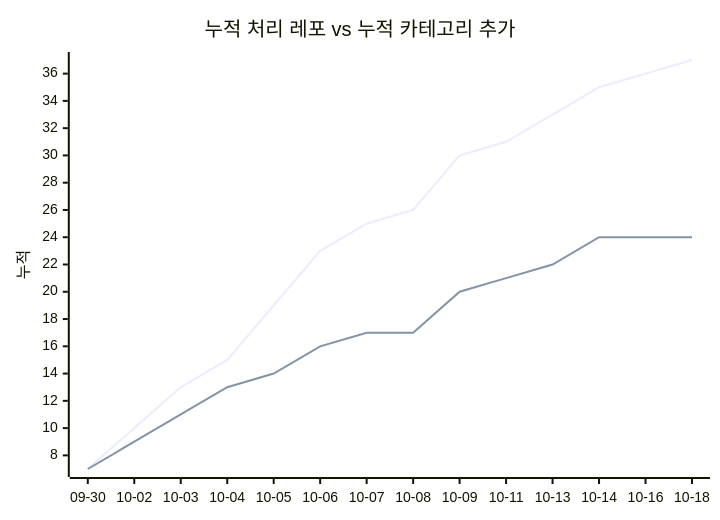
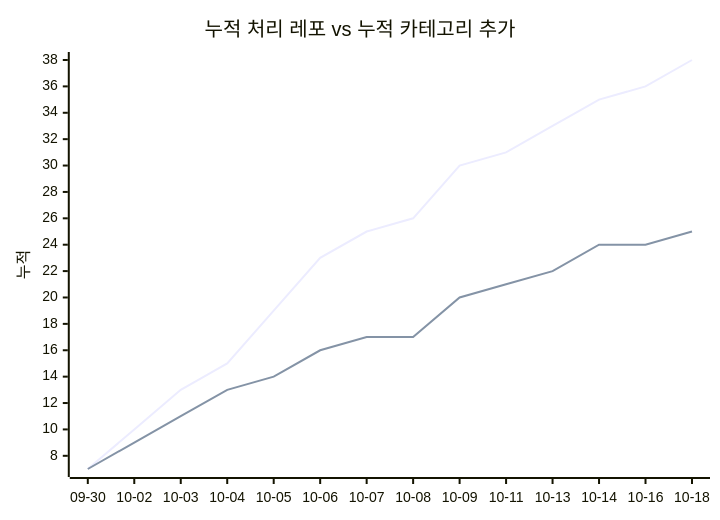
Before and after one commit to J-nowcow/awesome-korean-agent-skills: the second of 2 diagrams in docs/trends.md, drawn with Mermaid. The commit also changed other lines of this file and 3 other files, not shown here.

````diff
--- a/docs/trends.md
+++ b/docs/trends.md
@@ -68,8 +68,8 @@
 ```mermaid
 xychart-beta
     title "누적 처리 레포 vs 누적 카테고리 추가"
     x-axis ["09-30","10-02","10-03","10-04","10-05","10-06","10-07","10-08","10-09","10-11","10-13","10-14","10-16","10-18"]
     y-axis "누적"
-    line [7,10,13,15,19,23,25,26,30,31,33,35,36,37]
-    line [7,9,11,13,14,16,17,17,20,21,22,24,24,24]
+    line [7,10,13,15,19,23,25,26,30,31,33,35,36,38]
+    line [7,9,11,13,14,16,17,17,20,21,22,24,24,25]
 ```
````
